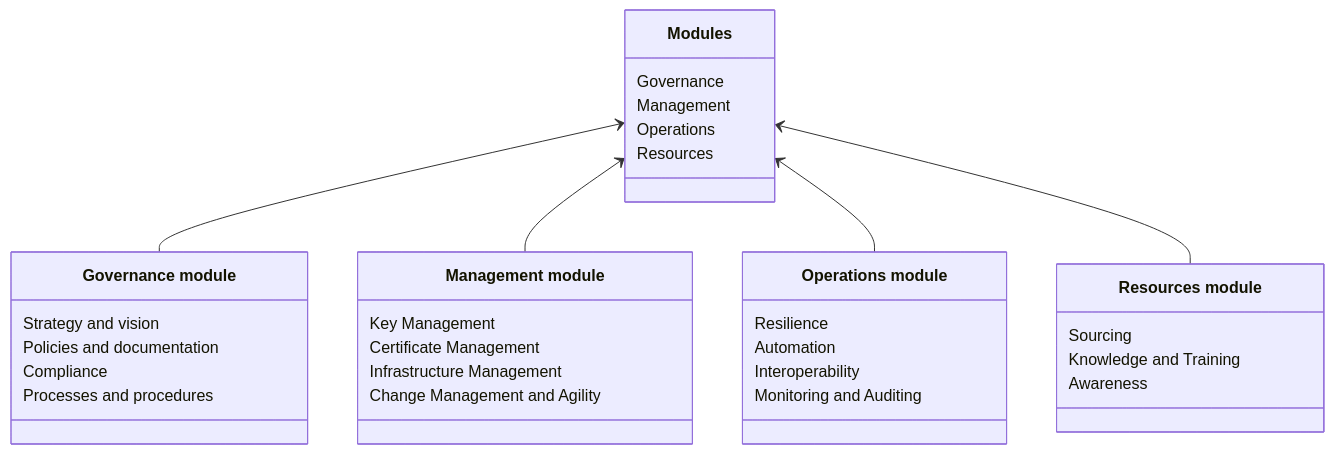
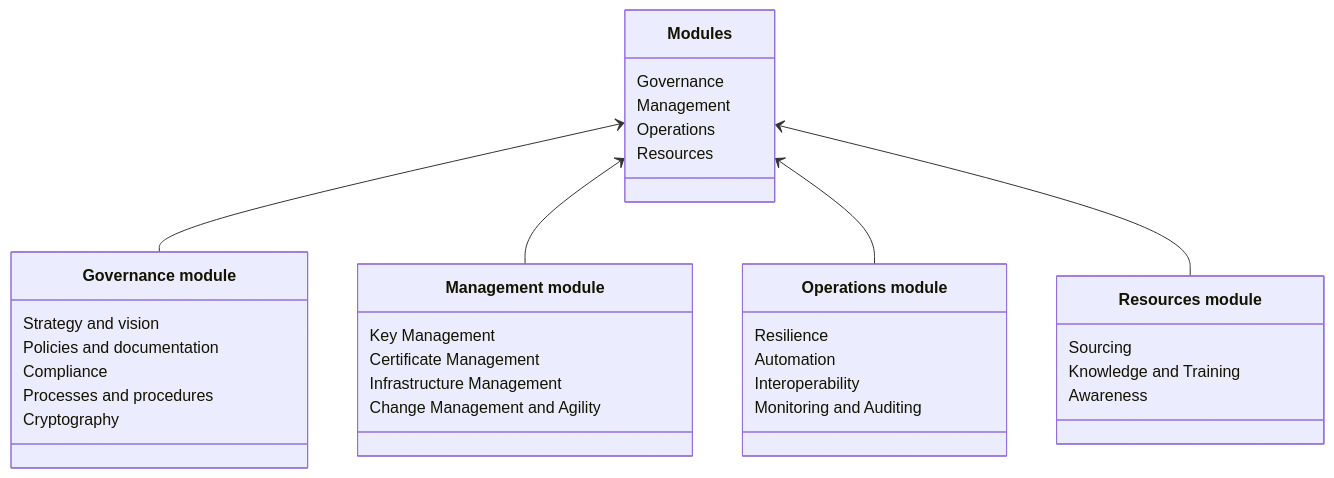
Before and after one commit to pkic/pkimm: the diagram in model/maturity-modules/_index.md, drawn with Mermaid. The commit also changed 20 other files, not shown here.

````diff
--- a/model/maturity-modules/_index.md
+++ b/model/maturity-modules/_index.md
@@ -23,37 +23,38 @@
 ```mermaid
 classDiagram
   direction TB
   class Modules["Modules"]{
     Governance
     Management
     Operations
     Resources
   }
   class Governance["Governance module"]{
     Strategy and vision
     Policies and documentation
     Compliance
     Processes and procedures
+    Cryptography
   }
   class Management["Management module"]{
     Key Management
     Certificate Management
     Infrastructure Management
     Change Management and Agility
   }
   class Operations["Operations module"]{
     Resilience
     Automation
     Interoperability
     Monitoring and Auditing
   }
   class Resources["Resources module"]{
     Sourcing
     Knowledge and Training
     Awareness
   }
   Modules <-- Governance
   Modules <-- Management
   Modules <-- Operations
   Modules <-- Resources
 ```
````
